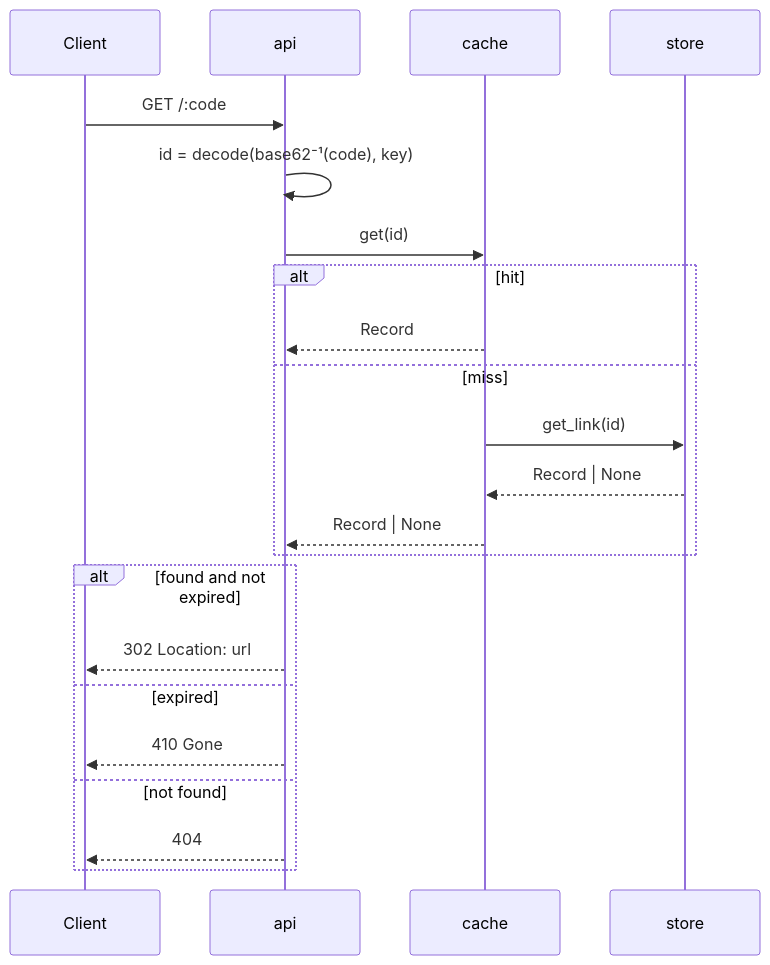
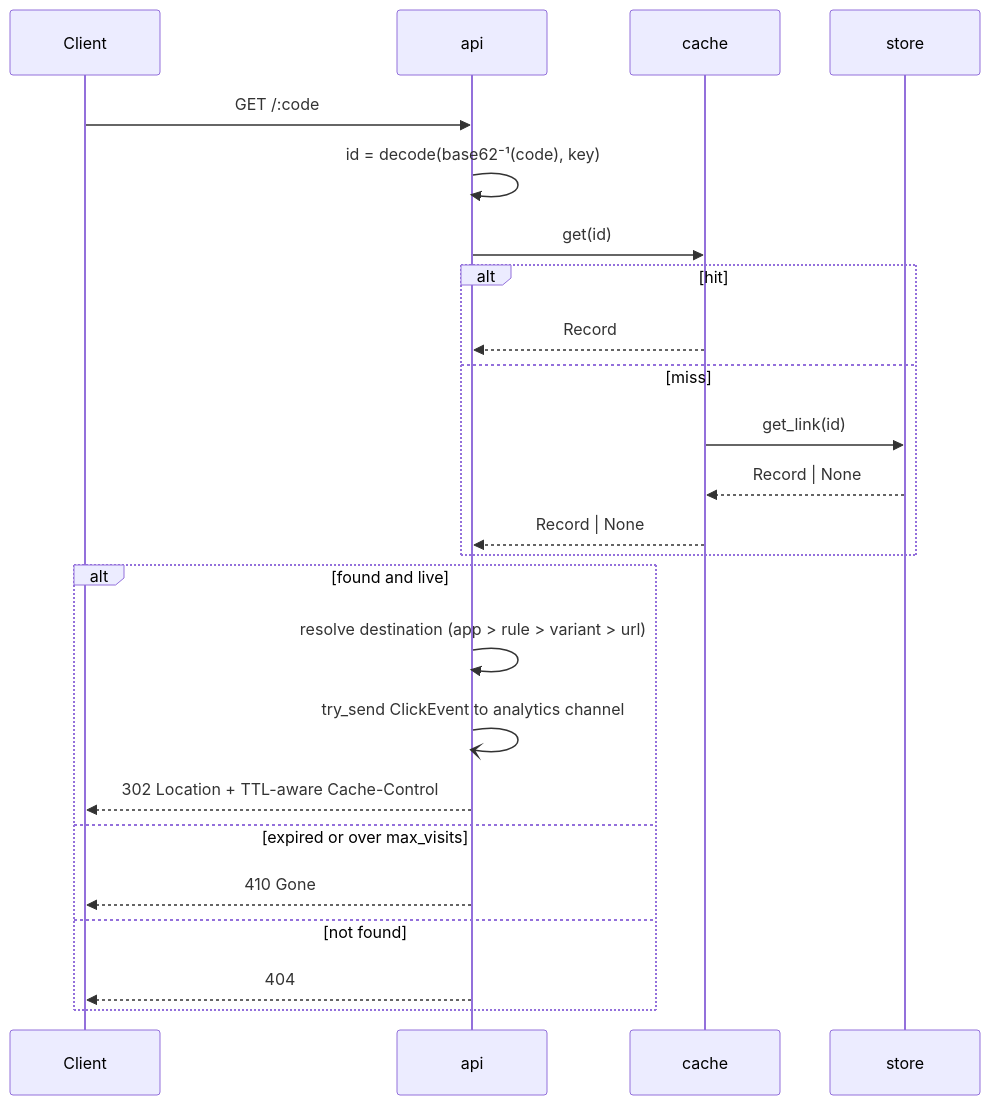
Before and after one commit to lucasolopes/quark: the third of 5 diagrams in docs/ARCHITECTURE.md, drawn with Mermaid. The commit also changed other lines of this file and 1 other file, not shown here.

First line of the commit message:
docs(architecture): rewrite to final module map, Record, backends, scale layer

````diff
--- a/docs/ARCHITECTURE.md
+++ b/docs/ARCHITECTURE.md
@@ -62,24 +89,26 @@
 ```mermaid
 sequenceDiagram
     participant Cli as Client
     participant Api as api
     participant Ca as cache
     participant St as store
     Cli->>Api: GET /:code
     Api->>Api: id = decode(base62⁻¹(code), key)
     Api->>Ca: get(id)
     alt hit
         Ca-->>Api: Record
     else miss
         Ca->>St: get_link(id)
         St-->>Ca: Record | None
         Ca-->>Api: Record | None
     end
-    alt found and not expired
-        Api-->>Cli: 302 Location: url
-    else expired
+    alt found and live
+        Api->>Api: resolve destination (app > rule > variant > url)
+        Api-)Api: try_send ClickEvent to analytics channel
+        Api-->>Cli: 302 Location + TTL-aware Cache-Control
+    else expired or over max_visits
         Api-->>Cli: 410 Gone
     else not found
         Api-->>Cli: 404
     end
 ```
````
